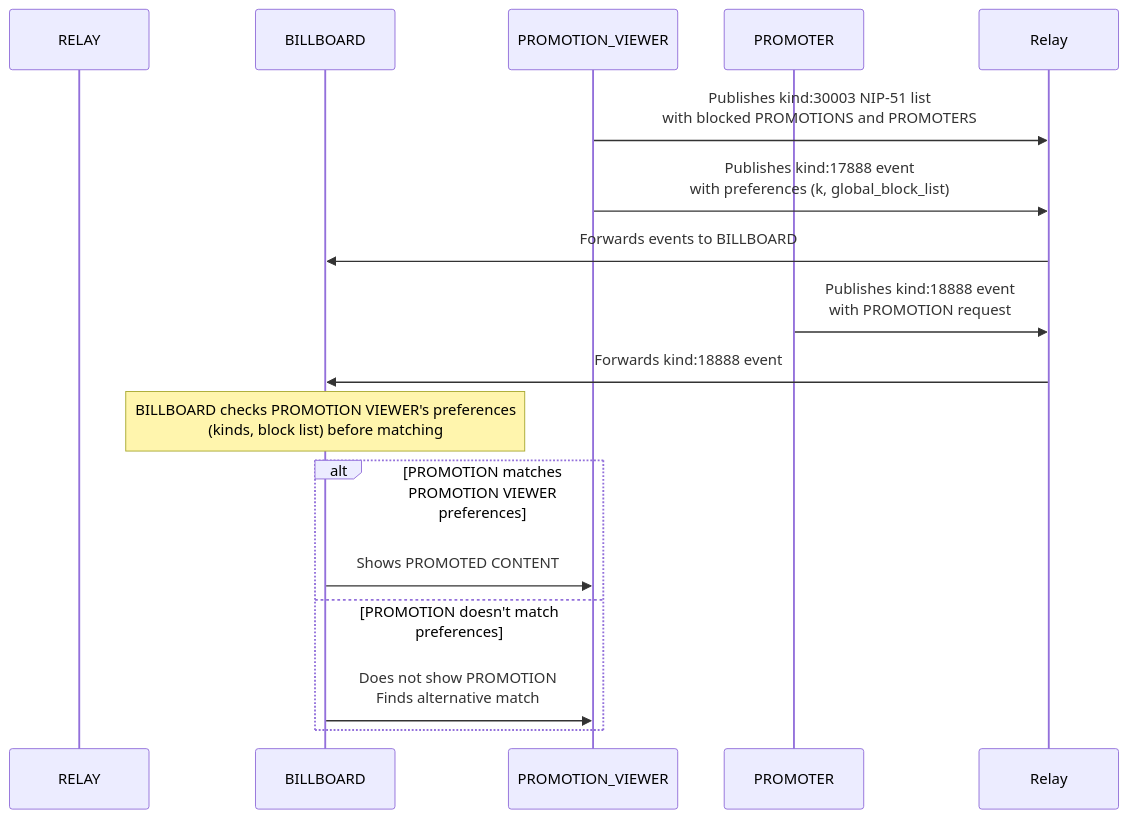
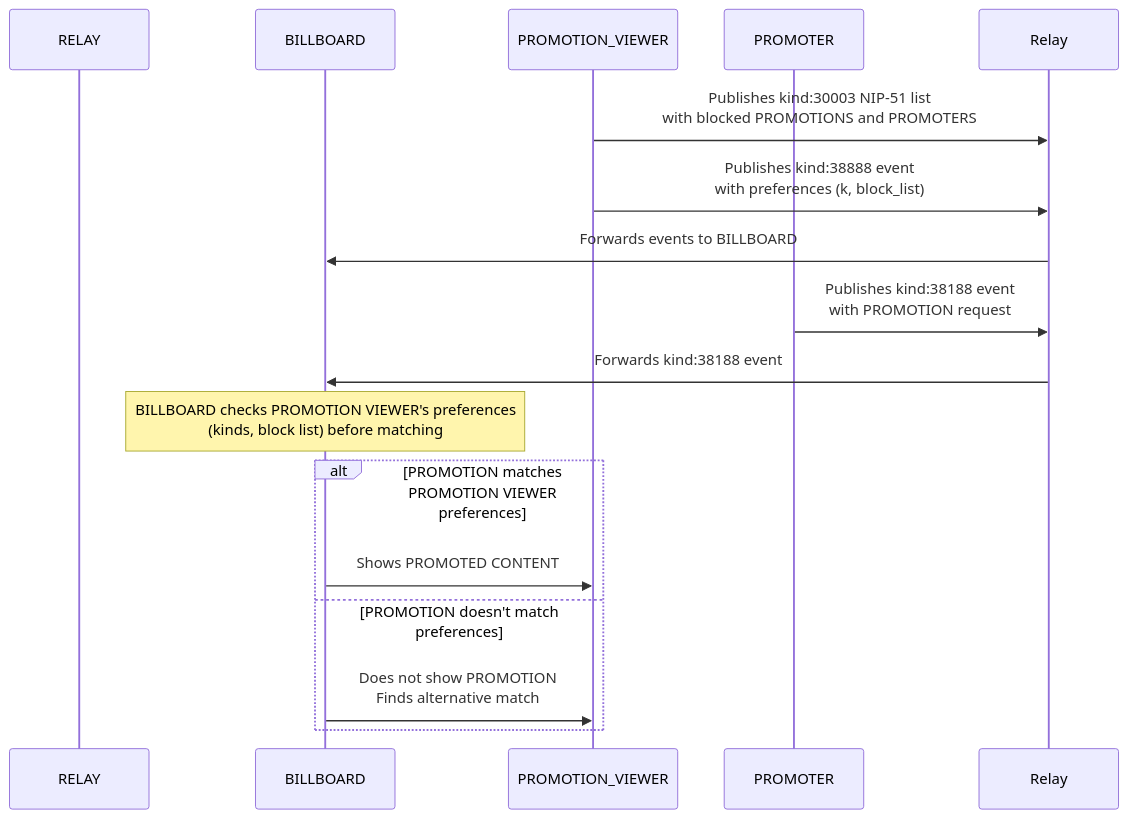
One commit to joinnextblock/attn-protocol changed the diagram in NIP-X3.md. Above: the diagram before and after it, drawn with Mermaid. The commit also changed other lines of this file and 12 other files, not shown here.

````diff
--- a/NIP-X3.md
+++ b/NIP-X3.md
@@ -119,21 +122,21 @@
 ```mermaid
 sequenceDiagram
     participant RELAY
     participant BILLBOARD
     participant PROMOTION_VIEWER
     participant PROMOTER
 
     PROMOTION_VIEWER->>Relay: Publishes kind:30003 NIP-51 list<br/>with blocked PROMOTIONS and PROMOTERS
-    PROMOTION_VIEWER->>Relay: Publishes kind:17888 event<br/>with preferences (k, global_block_list)
+    PROMOTION_VIEWER->>Relay: Publishes kind:38888 event<br/>with preferences (k, block_list)
     Relay->>BILLBOARD: Forwards events to BILLBOARD
-    PROMOTER->>Relay: Publishes kind:18888 event<br/>with PROMOTION request
-    Relay->>BILLBOARD: Forwards kind:18888 event
+    PROMOTER->>Relay: Publishes kind:38188 event<br/>with PROMOTION request
+    Relay->>BILLBOARD: Forwards kind:38188 event
     
     Note over BILLBOARD: BILLBOARD checks PROMOTION VIEWER's preferences<br/>(kinds, block list) before matching
     
     alt PROMOTION matches PROMOTION VIEWER preferences
         BILLBOARD->>PROMOTION_VIEWER: Shows PROMOTED CONTENT
     else PROMOTION doesn't match preferences
         BILLBOARD->>PROMOTION_VIEWER: Does not show PROMOTION<br/>Finds alternative match
     end
 ```
````
